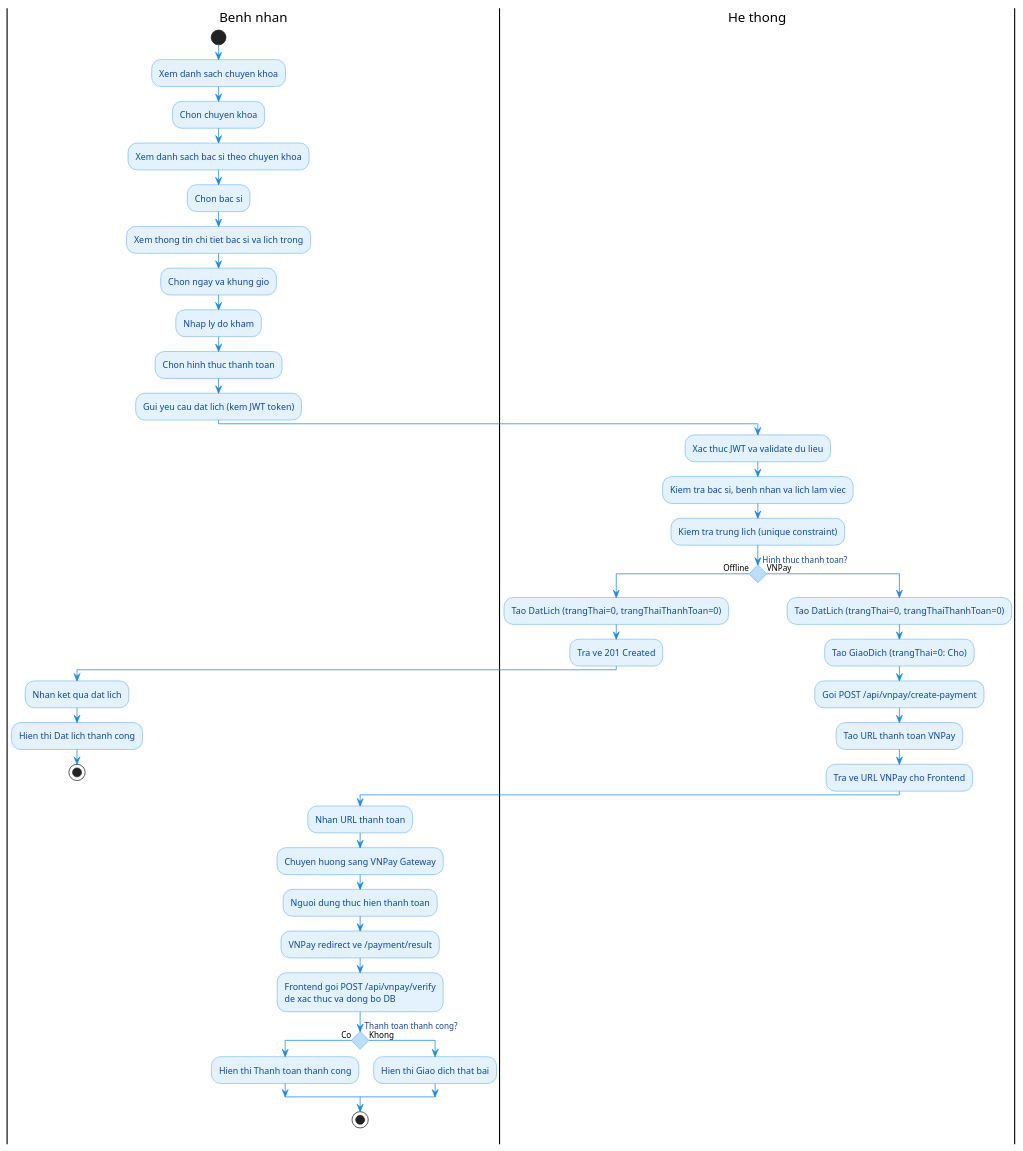
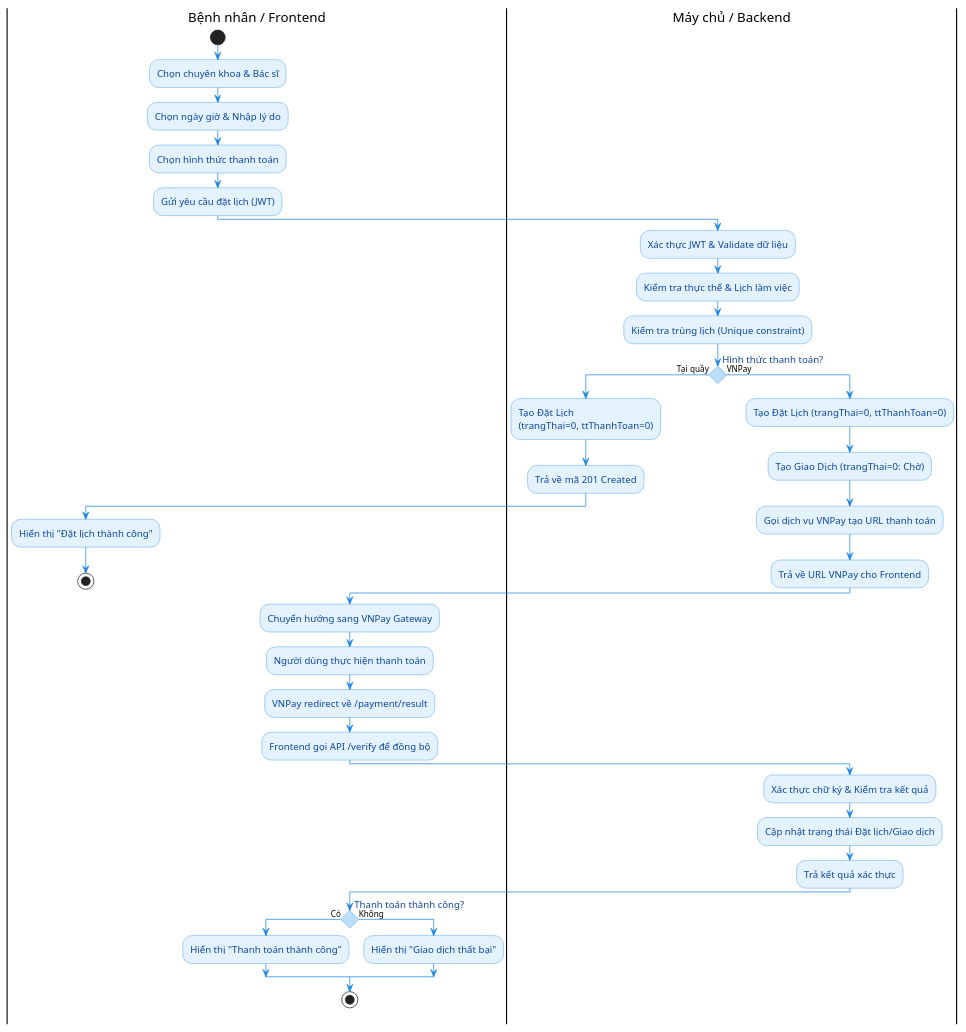
The diagram in server/doc/diagrams/ACT_02_DatLich.puml (yqhuouc/HealthCare), drawn with PlantUML before and after one commit. The commit also changed 41 other files, not shown here.

Commit message:
feat: implement authentication system with password reset functionality and add project architecture documentation

```diff
--- a/server/doc/diagrams/ACT_02_DatLich.puml
+++ b/server/doc/diagrams/ACT_02_DatLich.puml
@@ -1,64 +1,68 @@
-@startuml Activity_DatLich
+@startuml Activity_DatLich_Full_V3
 
 skinparam shadowing false
 skinparam backgroundColor white
 skinparam conditionStyle diamond
 skinparam ConditionEndStyle hline
 
 skinparam activity {
   BackgroundColor #E3F2FD
   BorderColor #1E88E5
   FontColor #0D47A1
-  RoundCorner 15
+  FontSize 13
+  RoundCorner 20
 }
 
 skinparam activityDiamondBackgroundColor #BBDEFB
 skinparam activityDiamondBorderColor #1E88E5
 skinparam activityDiamondFontColor #0D47A1
 skinparam ArrowColor #1E88E5
 
-|Benh nhan|
+|Bệnh nhân / Frontend|
 start
-:Xem danh sach chuyen khoa;
-:Chon chuyen khoa;
-:Xem danh sach bac si theo chuyen khoa;
-:Chon bac si;
-:Xem thong tin chi tiet bac si va lich trong;
-:Chon ngay va khung gio;
-:Nhap ly do kham;
-:Chon hinh thuc thanh toan;
-:Gui yeu cau dat lich (kem JWT token);
+:Chọn chuyên khoa & Bác sĩ;
+:Chọn ngày giờ & Nhập lý do;
+:Chọn hình thức thanh toán;
+:Gửi yêu cầu đặt lịch (JWT);
 
-|He thong|
-:Xac thuc JWT va validate du lieu;
-:Kiem tra bac si, benh nhan va lich lam viec;
-:Kiem tra trung lich (unique constraint);
+|Máy chủ / Backend|
+:Xác thực JWT & Validate dữ liệu;
+:Kiểm tra thực thể & Lịch làm việc;
+:Kiểm tra trùng lịch (Unique constraint);
 
-if (Hinh thuc thanh toan?) then (Offline)
-  :Tao DatLich (trangThai=0, trangThaiThanhToan=0);
-  :Tra ve 201 Created;
-  |Benh nhan|
-  :Nhan ket qua dat lich;
-  :Hien thi Dat lich thanh cong;
+if (Hình thức thanh toán?) then (Tại quầy)
+  :Tạo Đặt Lịch\n(trangThai=0, ttThanhToan=0);
+  :Trả về mã 201 Created;
+  
+  |Bệnh nhân / Frontend|
+  :Hiển thị "Đặt lịch thành công";
   stop
+
 else (VNPay)
-  |He thong|
-  :Tao DatLich (trangThai=0, trangThaiThanhToan=0);
-  :Tao GiaoDich (trangThai=0: Cho);
-  :Goi POST /api/vnpay/create-payment;
-  :Tao URL thanh toan VNPay;
-  :Tra ve URL VNPay cho Frontend;
-  |Benh nhan|
-  :Nhan URL thanh toan;
-  :Chuyen huong sang VNPay Gateway;
-  :Nguoi dung thuc hien thanh toan;
-  :VNPay redirect ve /payment/result;
-  :Frontend goi POST /api/vnpay/verify\nde xac thuc va dong bo DB;
-  if (Thanh toan thanh cong?) then (Co)
-    :Hien thi Thanh toan thanh cong;
-  else (Khong)
-    :Hien thi Giao dich that bai;
+  |Máy chủ / Backend|
+  :Tạo Đặt Lịch (trangThai=0, ttThanhToan=0);
+  :Tạo Giao Dịch (trangThai=0: Chờ);
+  :Gọi dịch vụ VNPay tạo URL thanh toán;
+  :Trả về URL VNPay cho Frontend;
+
+  |Bệnh nhân / Frontend|
+  :Chuyển hướng sang VNPay Gateway;
+  :Người dùng thực hiện thanh toán;
+  :VNPay redirect về /payment/result;
+  :Frontend gọi API /verify để đồng bộ;
+
+  |Máy chủ / Backend|
+  :Xác thực chữ ký & Kiểm tra kết quả;
+  :Cập nhật trạng thái Đặt lịch/Giao dịch;
+  :Trả kết quả xác thực;
+
+  |Bệnh nhân / Frontend|
+  if (Thanh toán thành công?) then (Có)
+    :Hiển thị "Thanh toán thành công";
+  else (Không)
+    :Hiển thị "Giao dịch thất bại";
   endif
   stop
 endif
+
 @enduml
```
